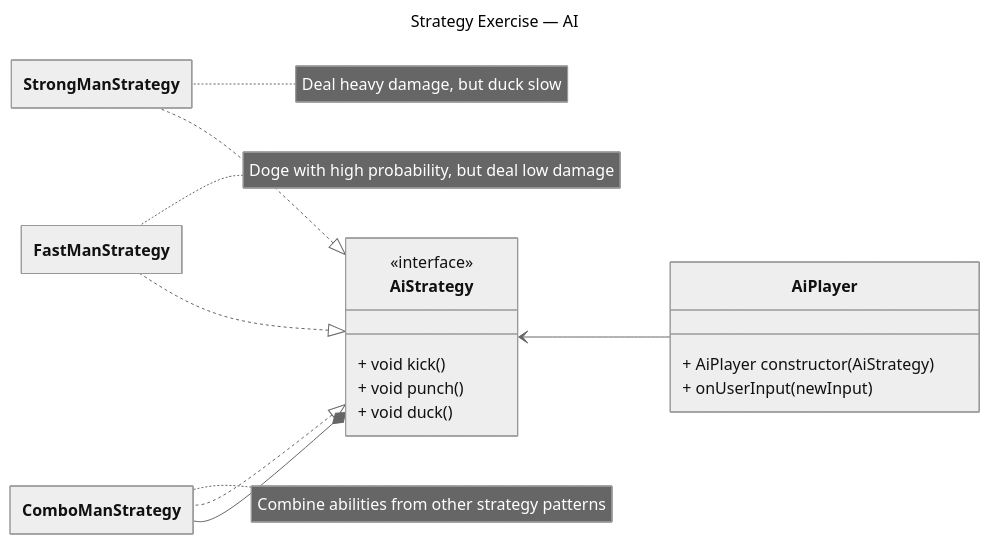
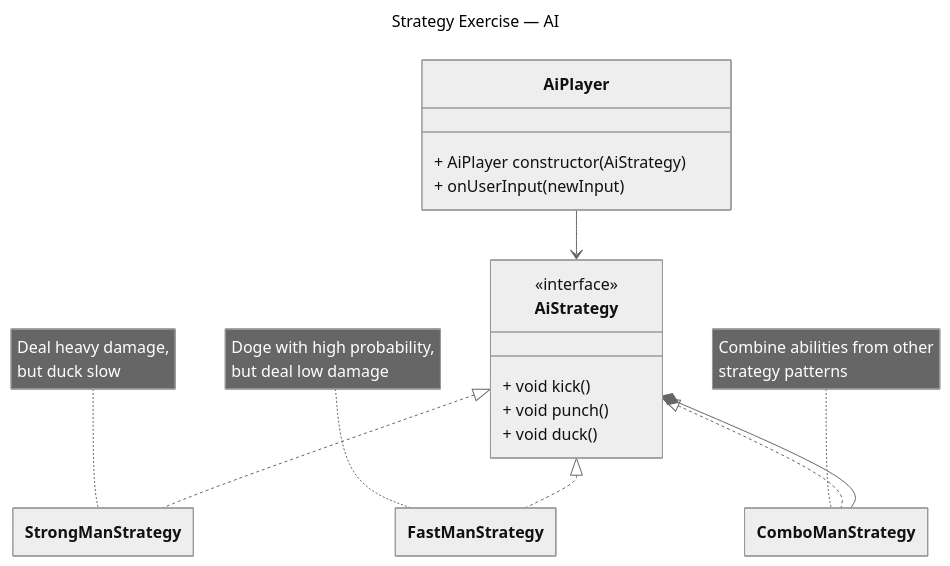
The fourth of 4 diagrams in strategy-exercise.md (frozenfrank/cs340-assignments), drawn with Mermaid (neutral theme) before and after one commit. The commit also changed other lines of this file, not shown here.

Commit message:
Update strategy-exercise.md Clean up presentation

````diff
--- a/strategy-exercise.md
+++ b/strategy-exercise.md
@@ -142,31 +147,31 @@
 ```mermaid
 ---
 title: Strategy Exercise — AI
 config:
   class:
     hideEmptyMembersBox: true
 ---
 classDiagram
-direction RL
+direction TB
 
 class AiStrategy {
   <<interface>>
   + void kick()
   + void punch()
   + void duck()
 }
 
 AiPlayer : + AiPlayer constructor(AiStrategy)
 AiPlayer : + onUserInput(newInput)
 AiPlayer --> AiStrategy
 
 AiStrategy <|.. StrongManStrategy
 AiStrategy <|.. FastManStrategy
 AiStrategy <|.. ComboManStrategy
 
 AiStrategy *-- ComboManStrategy
 
-note for StrongManStrategy "Deal heavy damage, but duck slow"
-note for FastManStrategy "Doge with high probability, but deal low damage"
-note for ComboManStrategy "Combine abilities from other strategy patterns"
+note for StrongManStrategy "Deal heavy damage,<br> but duck slow"
+note for FastManStrategy "Doge with high probability,<br> but deal low damage"
+note for ComboManStrategy "Combine abilities from other<br> strategy patterns"
 ```
````
